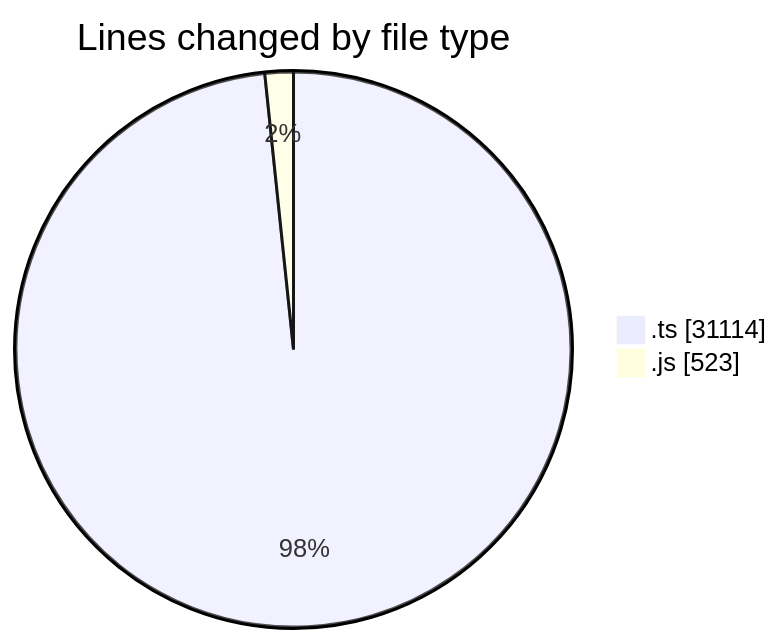
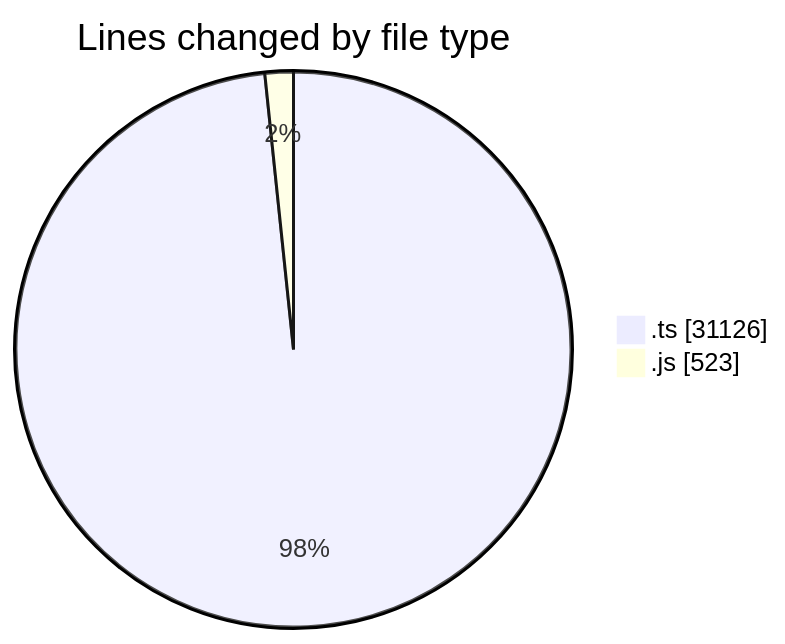
The first of 2 diagrams in 2025-07-31/cda/README.md (momahboobian/code-tracking), drawn with Mermaid before and after one commit. The commit also changed other lines of this file and 1 other file, not shown here.

````diff
--- a/2025-07-31/cda/README.md
+++ b/2025-07-31/cda/README.md
@@ -23,6 +23,6 @@
 ```mermaid
 pie showData
 title Lines changed by file type
-".ts" : 31114
+".ts" : 31126
 ".js" : 523
 ```
````
